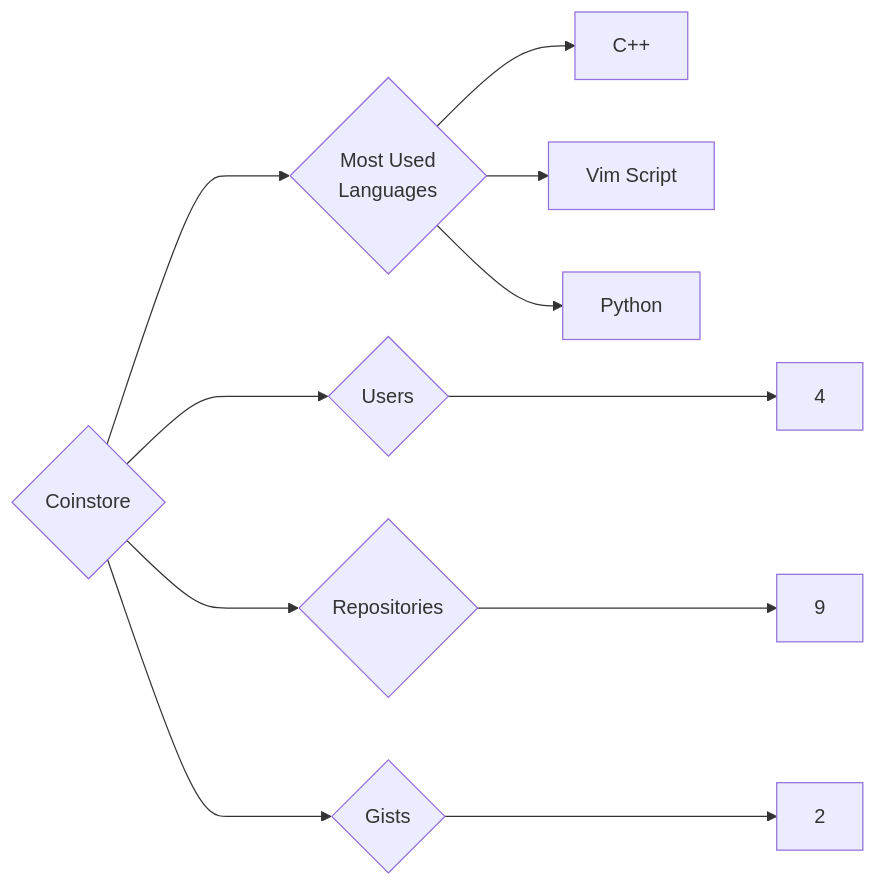
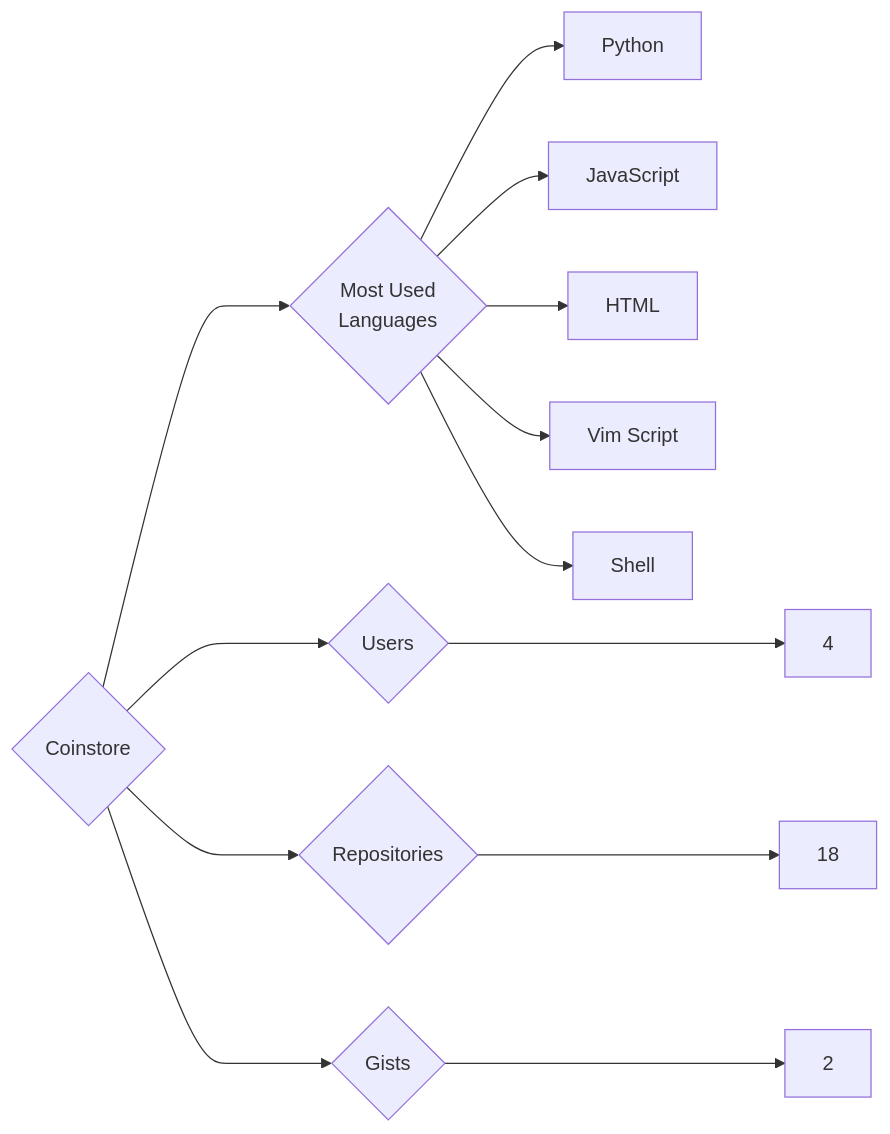
The diagram in targets/Coinstore/README.md (trickest/insiders), drawn with Mermaid before and after one commit. The commit also changed 933 other files, not shown here.

````diff
--- a/targets/Coinstore/README.md
+++ b/targets/Coinstore/README.md
@@ -3,11 +3,13 @@
 ```mermaid
 graph LR
 COMPANY_NAME{Coinstore}
 COMPANY_NAME ---> U{Users} ---> UN[4]
-COMPANY_NAME ---> R{Repositories} ---> RN[9]
+COMPANY_NAME ---> R{Repositories} ---> RN[18]
 COMPANY_NAME ---> G{Gists} ---> GN[2]
 COMPANY_NAME ---> ML{Most Used<br>Languages}
-ML --> C++[C++]
+ML --> Python[Python]
+ML --> JavaScript[JavaScript]
+ML --> HTML[HTML]
 ML --> Vim_Script[Vim Script]
-ML --> Python[Python]
+ML --> Shell[Shell]
 ```
````
